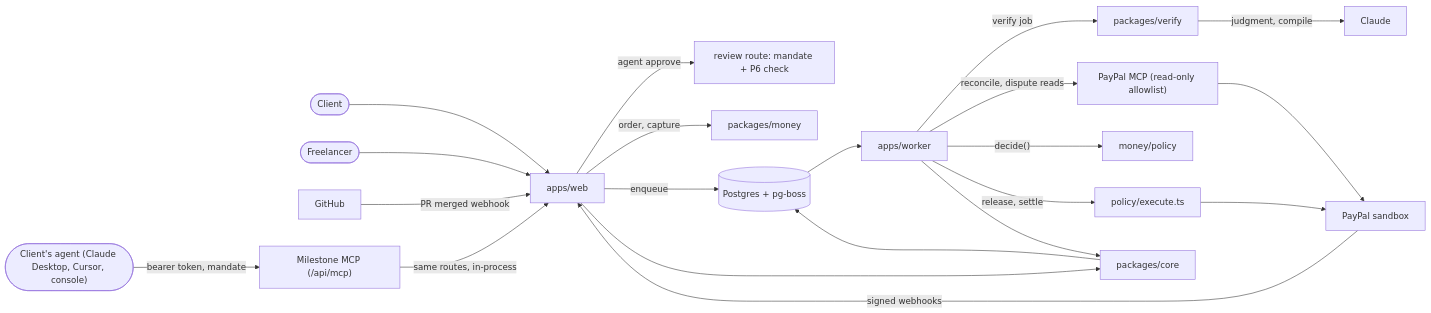
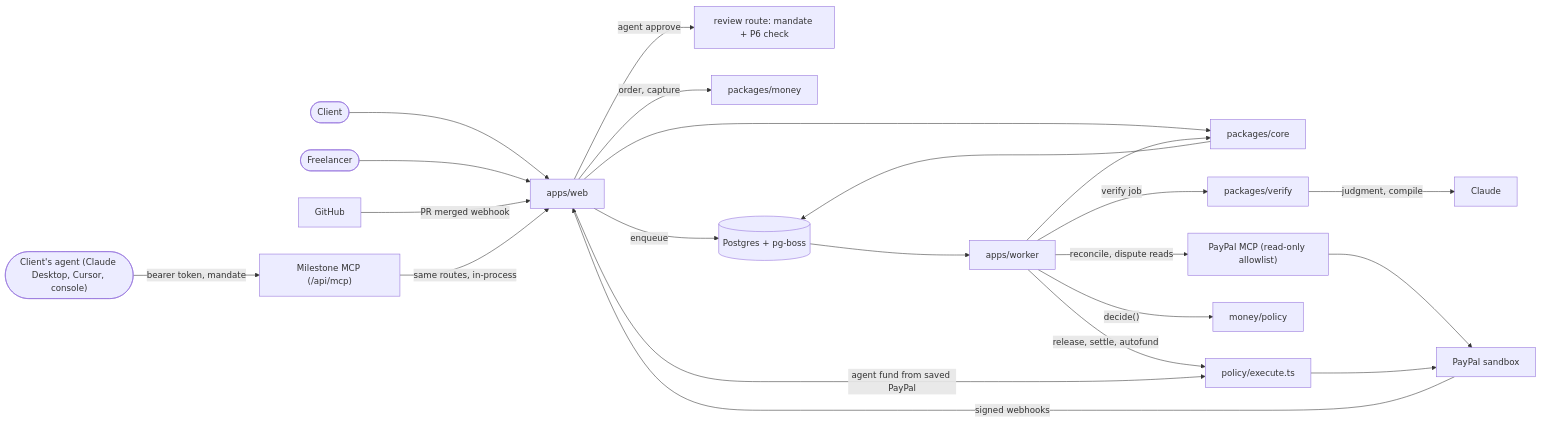
Before and after one commit to sn31/milestone: the first of 2 diagrams in docs/architecture.md, drawn with Mermaid. The commit also changed other lines of this file and 3 other files, not shown here.

````diff
--- a/docs/architecture.md
+++ b/docs/architecture.md
@@ -21,23 +21,24 @@
 ```mermaid
 flowchart LR
   Client([Client]) --> Web[apps/web]
   Freelancer([Freelancer]) --> Web
   GH[GitHub] -- "PR merged webhook" --> Web
   PP[PayPal sandbox] -- "signed webhooks" --> Web
   Agent(["Client's agent (Claude Desktop, Cursor, console)"]) -- "bearer token, mandate" --> MCP["Milestone MCP (/api/mcp)"]
   MCP -- "same routes, in-process" --> Web
   Web -- "agent approve" --> Review["review route: mandate + P6 check"]
   Web -- "order, capture" --> Money[packages/money]
   Web -- enqueue --> PG[(Postgres + pg-boss)]
   Web --> Core[packages/core]
   PG --> Worker[apps/worker]
   Worker -- "verify job" --> Verify[packages/verify]
   Verify -- "judgment, compile" --> LLM["Claude"]
   Worker -- "reconcile, dispute reads" --> PPMCP["PayPal MCP (read-only allowlist)"]
   PPMCP --> PP
   Worker -- "decide()" --> Policy[money/policy]
-  Worker -- "release, settle" --> Exec[policy/execute.ts]
+  Worker -- "release, settle, autofund" --> Exec[policy/execute.ts]
+  Web -- "agent fund from saved PayPal" --> Exec
   Exec --> PP
   Worker --> Core
   Core --> PG
 ```
````
